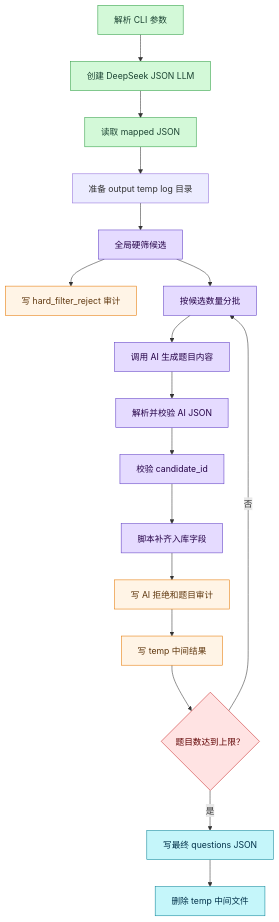
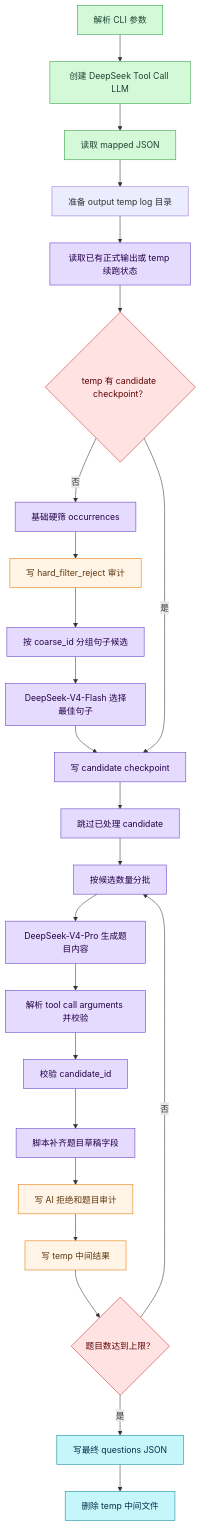
One commit to acquisit-ai/simple-audio-processing changed the second of 6 diagrams in 题目生成流程.md. Above: the diagram before and after it, drawn with Mermaid. The commit also changed other lines of this file and 6 other files, not shown here.

````diff
--- a/题目生成流程.md
+++ b/题目生成流程.md
@@ -138,31 +141,38 @@
 ```mermaid
 graph TB
-    cli["解析 CLI 参数"] --> llm["创建 DeepSeek JSON LLM"]
+    cli["解析 CLI 参数"] --> llm["创建 DeepSeek Tool Call LLM"]
     llm --> load["读取 mapped JSON"]
     load --> dirs["准备 output temp log 目录"]
-    dirs --> filter["全局硬筛候选"]
+    dirs --> resume["读取已有正式输出或 temp 续跑状态"]
+    resume --> checkpoint{"temp 有 candidate checkpoint？"}
+    checkpoint -->|否| filter["基础硬筛 occurrences"]
     filter --> audit1["写 hard_filter_reject 审计"]
-    filter --> batch["按候选数量分批"]
-    batch --> ai["调用 AI 生成题目内容"]
-    ai --> parse["解析并校验 AI JSON"]
+    audit1 --> group["按 coarse_id 分组句子候选"]
+    group --> select["DeepSeek-V4-Flash 选择最佳句子"]
+    select --> cpt["写 candidate checkpoint"]
+    checkpoint -->|是| cpt
+    cpt --> skip["跳过已处理 candidate"]
+    skip --> batch["按候选数量分批"]
+    batch --> ai["DeepSeek-V4-Pro 生成题目内容"]
+    ai --> parse["解析 tool call arguments 并校验"]
     parse --> ids["校验 candidate_id"]
-    ids --> merge["脚本补齐入库字段"]
+    ids --> merge["脚本补齐题目草稿字段"]
     merge --> audit2["写 AI 拒绝和题目审计"]
     audit2 --> temp["写 temp 中间结果"]
     temp --> more{"题目数达到上限？"}
     more -->|否| batch
     more -->|是| final["写最终 questions JSON"]
     final --> cleanup["删除 temp 中间文件"]
 
     classDef start fill:#d3f9d8,stroke:#2f9e44,color:#1b4332;
     classDef process fill:#e5dbff,stroke:#5f3dc4,color:#240046;
     classDef decision fill:#ffe3e3,stroke:#c92a2a,color:#5f0000;
     classDef storage fill:#fff4e6,stroke:#e67700,color:#5f370e;
     classDef output fill:#c5f6fa,stroke:#0c8599,color:#003049;
 
     class cli,llm,load start;
-    class filter,batch,ai,parse,ids,merge process;
-    class more decision;
+    class resume,filter,group,select,cpt,skip,batch,ai,parse,ids,merge process;
+    class checkpoint,more decision;
     class audit1,audit2,temp storage;
     class final,cleanup output;
 ```
````
